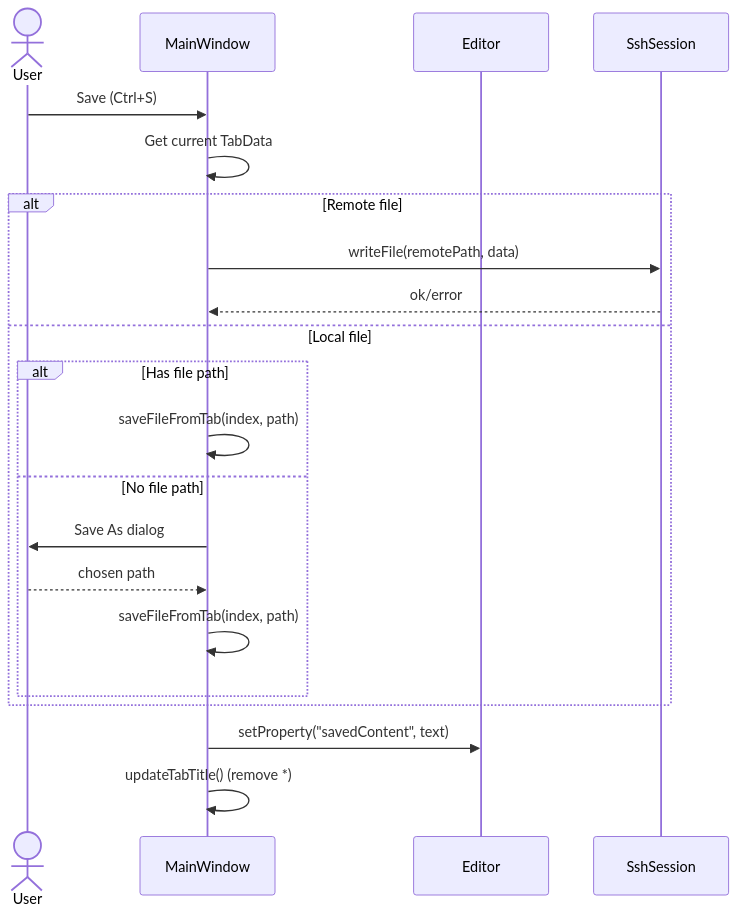
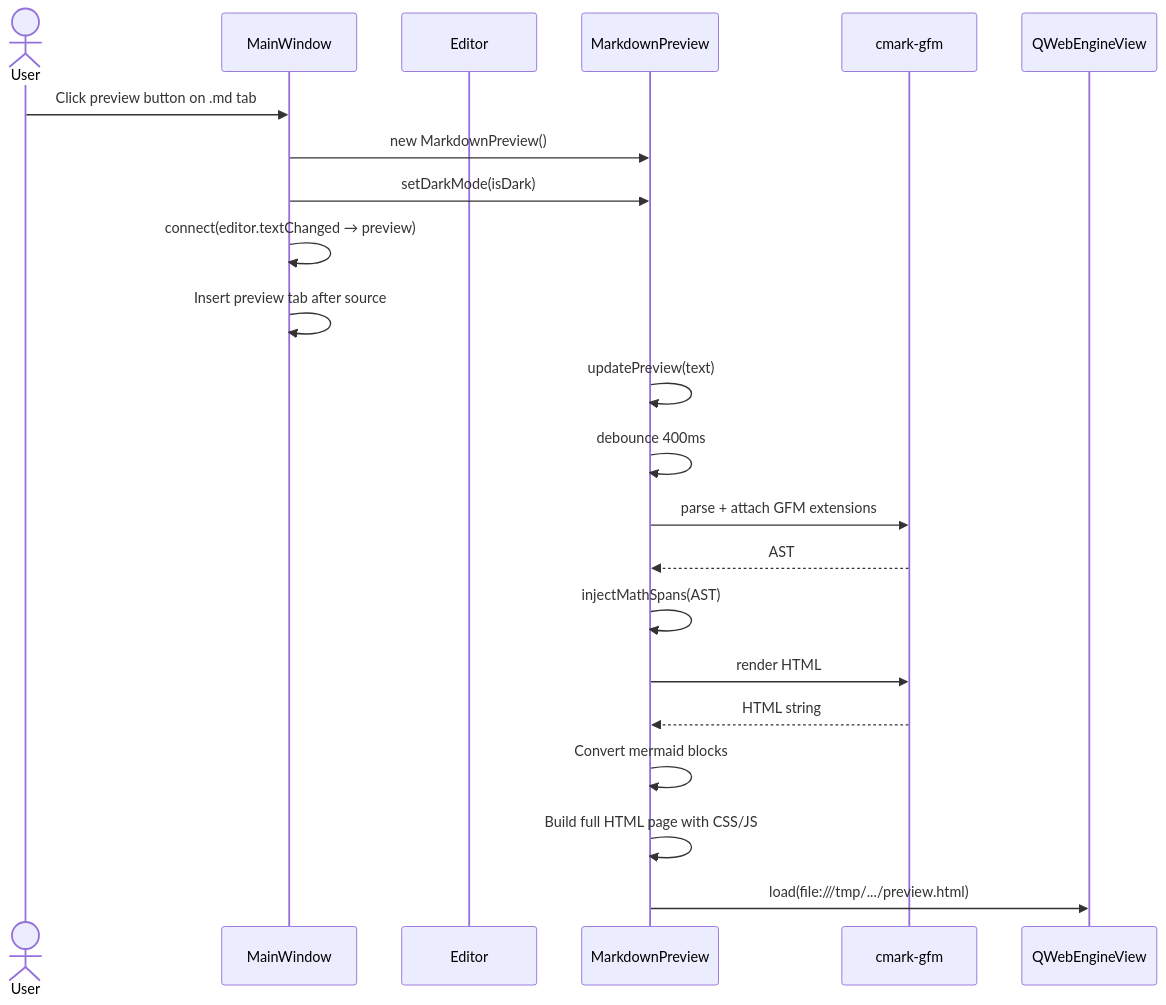
The fourth of 11 diagrams in docs/diagrams.md (dkrse/text-ed), drawn with Mermaid before and after one commit. The commit also changed other lines of this file and 23 other files, not shown here.

````diff
--- a/docs/diagrams.md
+++ b/docs/diagrams.md
@@ -223,24 +251,25 @@
 ```mermaid
 sequenceDiagram
     actor User
     participant MW as MainWindow
     participant ED as Editor
-    participant SSH as SshSession
+    participant MP as MarkdownPreview
+    participant CMK as cmark-gfm
+    participant WV as QWebEngineView
 
-    User->>MW: Save (Ctrl+S)
-    MW->>MW: Get current TabData
-    alt Remote file
-        MW->>SSH: writeFile(remotePath, data)
-        SSH-->>MW: ok/error
-    else Local file
-        alt Has file path
-            MW->>MW: saveFileFromTab(index, path)
-        else No file path
-            MW->>User: Save As dialog
-            User-->>MW: chosen path
-            MW->>MW: saveFileFromTab(index, path)
-        end
-    end
-    MW->>ED: setProperty("savedContent", text)
-    MW->>MW: updateTabTitle() (remove *)
+    User->>MW: Click preview button on .md tab
+    MW->>MP: new MarkdownPreview()
+    MW->>MP: setDarkMode(isDark)
+    MW->>MW: connect(editor.textChanged → preview)
+    MW->>MW: Insert preview tab after source
+    MP->>MP: updatePreview(text)
+    MP->>MP: debounce 400ms
+    MP->>CMK: parse + attach GFM extensions
+    CMK-->>MP: AST
+    MP->>MP: injectMathSpans(AST)
+    MP->>CMK: render HTML
+    CMK-->>MP: HTML string
+    MP->>MP: Convert mermaid blocks
+    MP->>MP: Build full HTML page with CSS/JS
+    MP->>WV: load(file:///tmp/.../preview.html)
 ```
````
